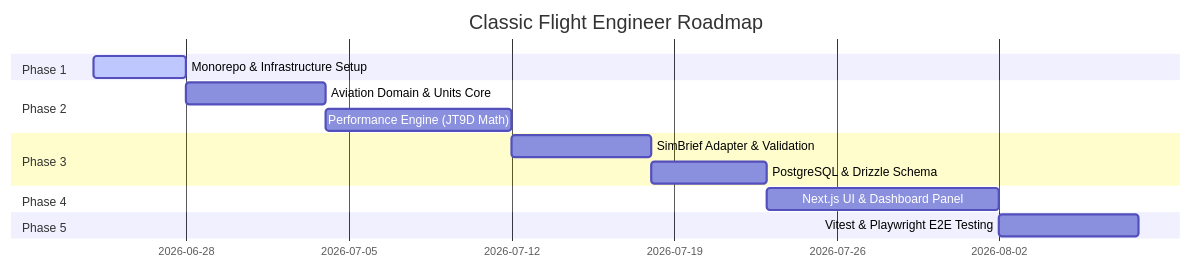
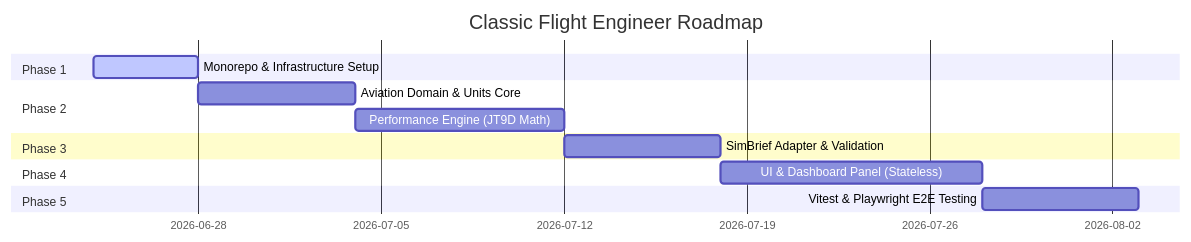
One commit to fonfs/flight-engineer changed the diagram in ROADMAP.md. Above: the diagram before and after it, drawn with Mermaid. The commit also changed other lines of this file and 33 other files, not shown here.

````diff
--- a/ROADMAP.md
+++ b/ROADMAP.md
@@ -5,17 +5,16 @@
 ```mermaid
 gantt
     title Classic Flight Engineer Roadmap
     dateFormat  YYYY-MM-DD
     section Phase 1
     Monorepo & Infrastructure Setup :active, 2026-06-24, 4d
     section Phase 2
     Aviation Domain & Units Core   : 2026-06-28, 6d
     Performance Engine (JT9D Math)  : 2026-07-04, 8d
     section Phase 3
     SimBrief Adapter & Validation  : 2026-07-12, 6d
-    PostgreSQL & Drizzle Schema     : 2026-07-18, 5d
     section Phase 4
-    Next.js UI & Dashboard Panel   : 2026-07-23, 10d
+    UI & Dashboard Panel (Stateless) : 2026-07-18, 10d
     section Phase 5
-    Vitest & Playwright E2E Testing : 2026-08-02, 6d
+    Vitest & Playwright E2E Testing : 2026-07-28, 6d
 ```
````
